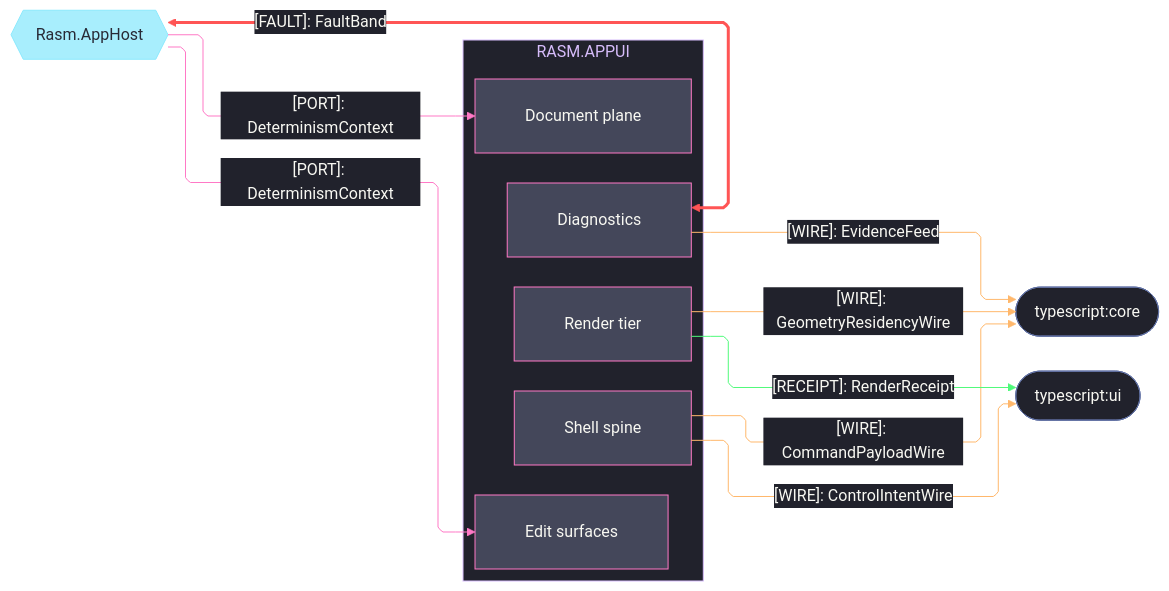
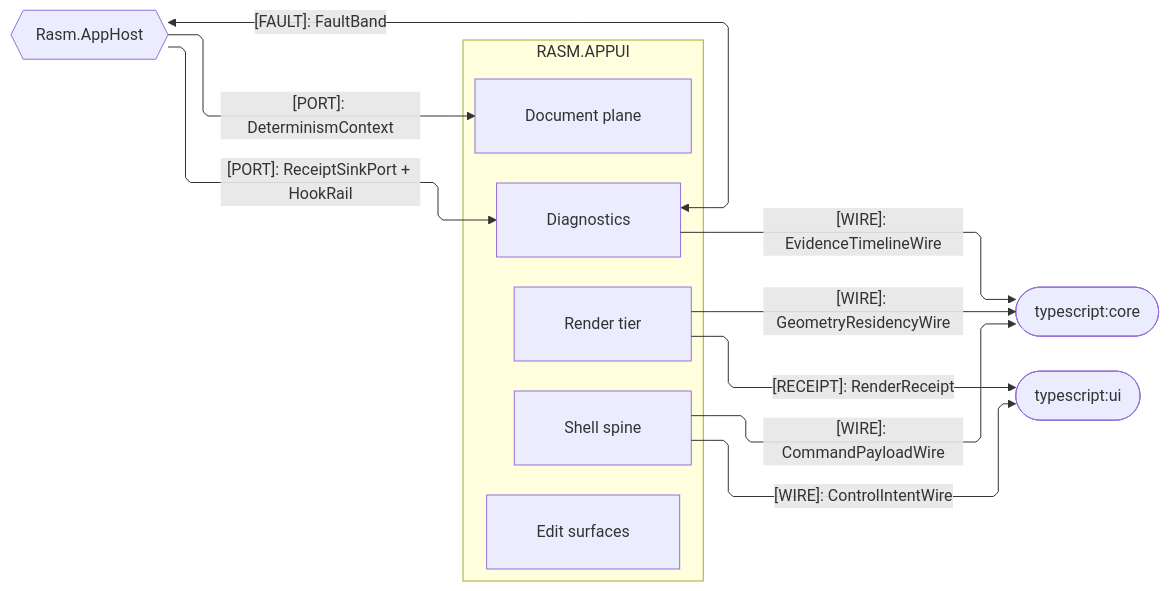
Before and after one commit to bsamiee/Rasm: the third of 3 diagrams in libs/csharp/Rasm.AppUi/ARCHITECTURE.md, drawn with Mermaid. The commit also changed other lines of this file and 460 other files, not shown here.

````diff
--- a/libs/csharp/Rasm.AppUi/ARCHITECTURE.md
+++ b/libs/csharp/Rasm.AppUi/ARCHITECTURE.md
@@ -220,63 +159,30 @@
 ```mermaid
 ---
 config:
-  theme: base
-  look: classic
   layout: elk
   flowchart:
     curve: linear
     padding: 25
-  themeVariables:
-    darkMode: true
-    fontFamily: "SF Mono, Menlo, Cascadia Mono, Segoe UI Mono, Consolas, monospace"
-    useGradient: false
-    dropShadow: "none"
-    background: "#282A36"
-    primaryColor: "#44475A"
-    primaryTextColor: "#F8F8F2"
-    primaryBorderColor: "#BD93F9"
-    lineColor: "#FF79C6"
-    textColor: "#F8F8F2"
-    clusterBkg: "#21222C"
-    clusterBorder: "#D6BCFA"
-    edgeLabelBackground: "#21222C"
-    labelBackgroundColor: "#21222C"
-    titleColor: "#D6BCFA"
-  themeCSS: ".nodeLabel{font-size:13px;font-weight:500}.edgeLabel{font-size:12px;font-weight:500}.cluster-label .nodeLabel{font-size:13.5px;font-weight:700;letter-spacing:.08em}.edge-thickness-normal{stroke-width:2px}.edge-thickness-thick{stroke-width:3px}.edge-pattern-dashed,.edge-pattern-dotted{stroke-width:1.5px;stroke-dasharray:4 6}.node rect,.node circle,.node polygon,.node path,.node .outer-path{stroke-width:1.5px;filter:none!important}.cluster rect{stroke-width:1px!important;stroke-dasharray:5 4!important;filter:none!important}.marker path{transform:scale(.8);transform-origin:5px 5px}.marker circle{transform:scale(.48);transform-origin:5px 5px}.edgeLabel rect{transform-box:fill-box;transform-origin:center;transform:scale(1.1,1.2)}"
 ---
 flowchart LR
     accTitle: AppUi platform-host and cross-runtime wire seams
-    accDescr: AppUi shell, render, editing, document, and diagnostics owners exchanging command, residency, and evidence wires, render receipts, determinism ports, and the fault-band adjacency with the app host and the TypeScript core and viewer peers, edge rails colored by kind and nodes classed by seam direction.
+    accDescr: AppUi shell, render, editing, document, and diagnostics owners exchanging command, residency, and evidence wires, render receipts, determinism and receipt-hook ports, and the fault-band adjacency with the app host and the TypeScript core and viewer peers.
     subgraph appui[RASM.APPUI]
         Shell[Shell spine]
         Render[Render tier]
         Editing[Edit surfaces]
         Document[Document plane]
         Diagnostics[Diagnostics]
     end
     AppHost{{Rasm.AppHost}}
     Core([typescript:core])
     Ui([typescript:ui])
-    Shell e1@-->|"[WIRE]: CommandPayloadWire"| Core
-    Render e2@-->|"[WIRE]: GeometryResidencyWire"| Core
-    Diagnostics e3@-->|"[WIRE]: EvidenceFeed"| Core
-    Shell e4@-->|"[WIRE]: ControlIntentWire"| Ui
-    Render e5@-->|"[RECEIPT]: RenderReceipt"| Ui
-    AppHost e7@-->|"[PORT]: DeterminismContext"| Editing
-    AppHost e8@-->|"[PORT]: DeterminismContext"| Document
-    Diagnostics e9@<-->|"[FAULT]: FaultBand"| AppHost
-    classDef primary fill:#44475A,stroke:#FF79C6,color:#F8F8F2
-    classDef external fill:#8BE9FDBF,stroke:#8BE9FD,color:#282A36
-    classDef annotation fill:#21222C,stroke:#6272A4,color:#F8F8F2
-    classDef edgeData stroke:#FFB86C,color:#F8F8F2
-    classDef edgeSuccess stroke:#50FA7B,color:#F8F8F2
-    classDef edgeError stroke:#FF5555,stroke-width:3px,color:#F8F8F2
-    classDef edgeControl stroke:#FF79C6,color:#F8F8F2
-    class Shell,Render,Editing,Document,Diagnostics primary
-    class AppHost external
-    class Core,Ui annotation
-    class e1,e2,e3,e4 edgeData
-    class e5 edgeSuccess
-    class e7,e8 edgeControl
-    class e9 edgeError
+    Shell -->|"[WIRE]: CommandPayloadWire"| Core
+    Render -->|"[WIRE]: GeometryResidencyWire"| Core
+    Diagnostics -->|"[WIRE]: EvidenceTimelineWire"| Core
+    Shell -->|"[WIRE]: ControlIntentWire"| Ui
+    Render -->|"[RECEIPT]: RenderReceipt"| Ui
+    AppHost -->|"[PORT]: DeterminismContext"| Document
+    Diagnostics <-->|"[FAULT]: FaultBand"| AppHost
+    AppHost -->|"[PORT]: ReceiptSinkPort + HookRail"| Diagnostics
 ```
````
